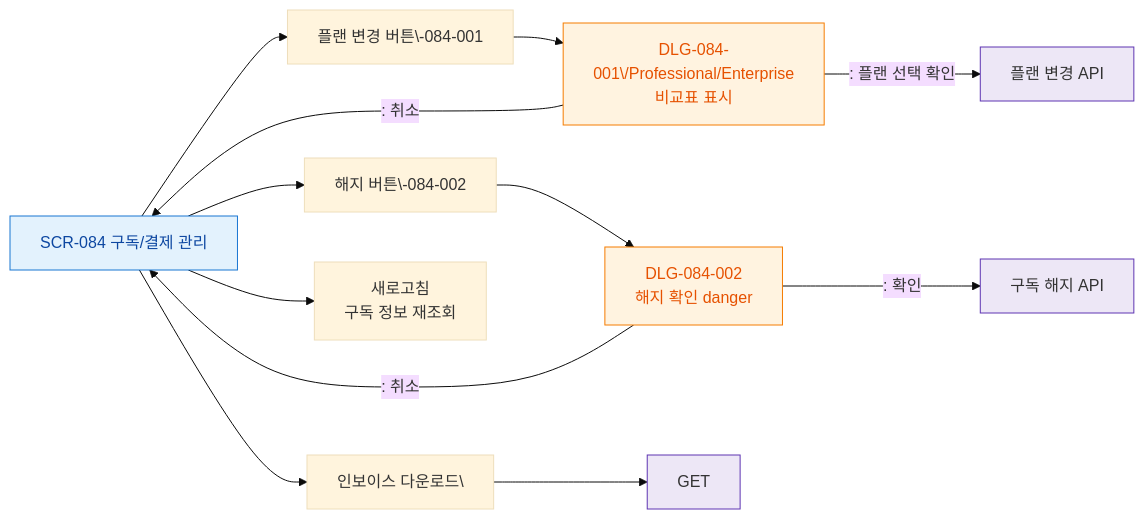
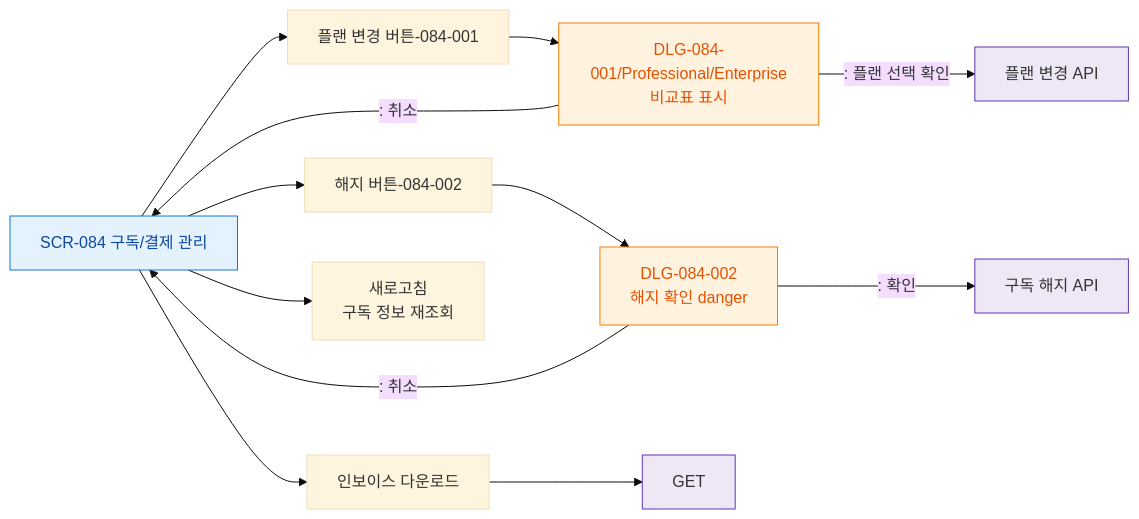
Before and after one commit to dev-spogym/admin-pando: the diagram in docs/admin/다이어그램/D09_설정관리/SCR-084_구독결제관리/F3_버튼액션.md, drawn with Mermaid (base theme). The commit also changed 369 other files, not shown here.

````diff
--- a/docs/admin/다이어그램/D09_설정관리/SCR-084_구독결제관리/F3_버튼액션.md
+++ b/docs/admin/다이어그램/D09_설정관리/SCR-084_구독결제관리/F3_버튼액션.md
@@ -12,26 +12,26 @@
 ```mermaid
 flowchart LR
     SCR084[SCR-084 구독/결제 관리]
 
-    SCR084 --> BTN_CHANGE[플랜 변경 버튼\-084-001]
-    SCR084 --> BTN_CANCEL[해지 버튼\-084-002]
-    SCR084 --> BTN_INVOICE[인보이스 다운로드\]
+    SCR084 --> BTN_CHANGE[플랜 변경 버튼-084-001]
+    SCR084 --> BTN_CANCEL[해지 버튼-084-002]
+    SCR084 --> BTN_INVOICE[인보이스 다운로드]
     SCR084 --> BTN_REFRESH[새로고침\n구독 정보 재조회]
 
-    BTN_CHANGE --> DLG_001[DLG-084-001\/Professional/Enterprise\n비교표 표시]
+    BTN_CHANGE --> DLG_001[DLG-084-001/Professional/Enterprise\n비교표 표시]
     DLG_001 -->|": 플랜 선택 확인"|ACT_CHANGE[플랜 변경 API]
     DLG_001 -->|": 취소"|SCR084
 
     BTN_CANCEL --> DLG_002[DLG-084-002\n해지 확인 danger]
     DLG_002 -->|": 확인"|ACT_CANCEL[구독 해지 API]
     DLG_002 -->|": 취소"|SCR084
 
     BTN_INVOICE --> ACT_PDF[GET]
 
     classDef screen fill:#E3F2FD,stroke:#1976D2,color:#0D47A1
     classDef modal fill:#FFF3E0,stroke:#F57C00,color:#E65100
     classDef system fill:#EDE7F6,stroke:#5E35B2
     class SCR084 screen
     class DLG_001,DLG_002 modal
     class ACT_CHANGE,ACT_CANCEL,ACT_PDF system
 ```
````
